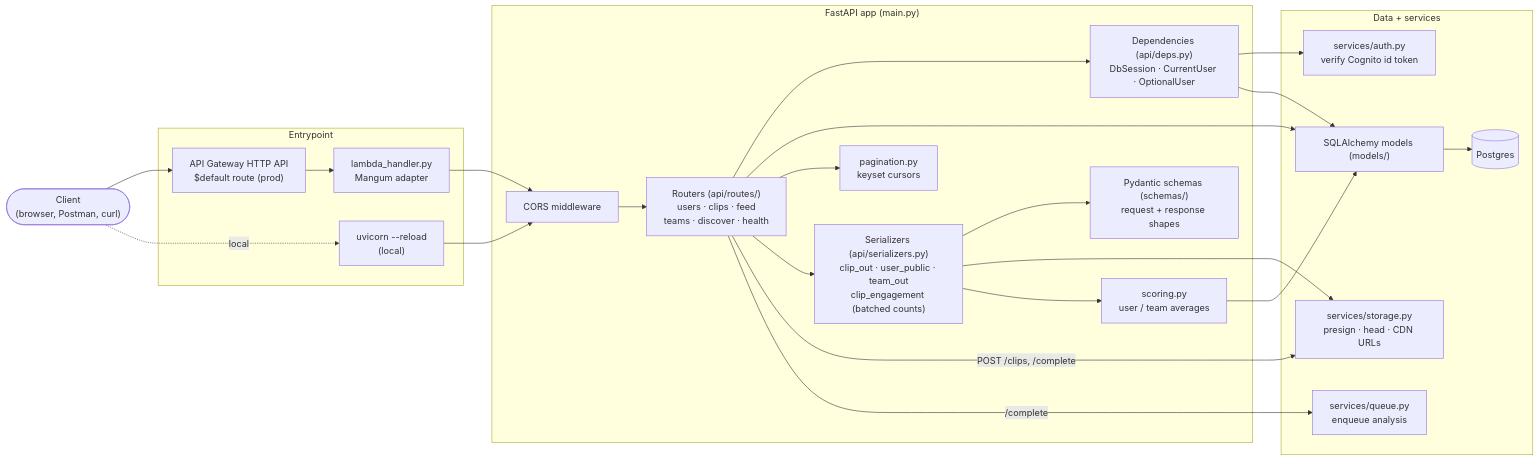
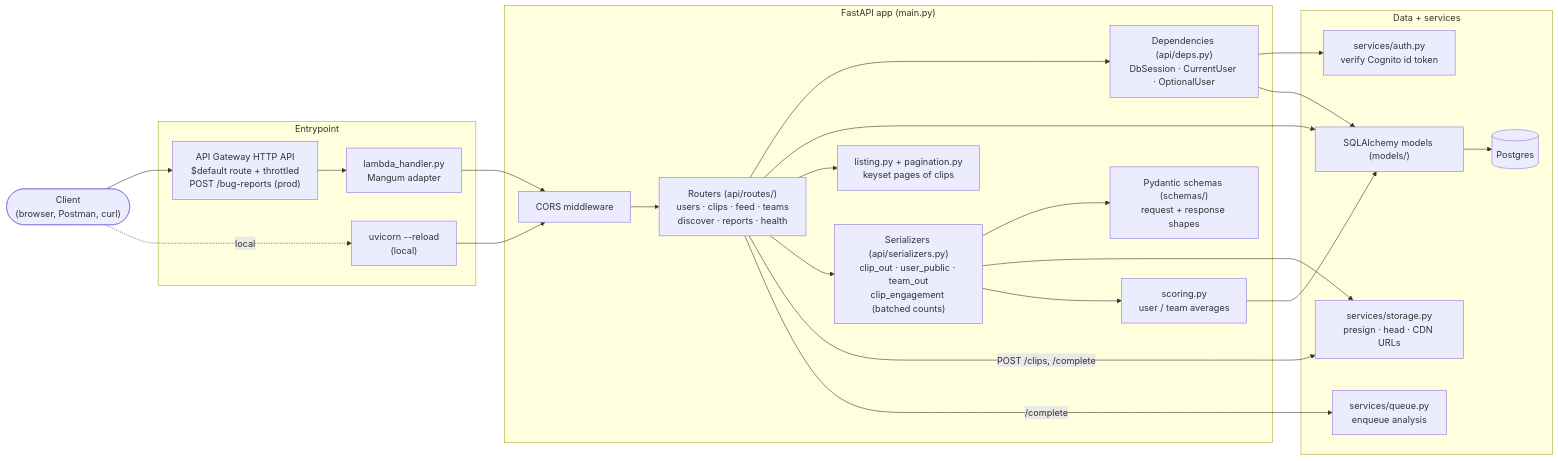
Before and after one commit to NickPalceski/TrickLens: the first of 2 diagrams in docs/components/api.md, drawn with Mermaid. The commit also changed other lines of this file and 58 other files, not shown here.

````diff
--- a/docs/components/api.md
+++ b/docs/components/api.md
@@ -12,43 +12,43 @@
 ```mermaid
 flowchart LR
     client(["Client<br/>(browser, Postman, curl)"])
 
     subgraph entry ["Entrypoint"]
-        apigw["API Gateway HTTP API<br/>$default route (prod)"]
+        apigw["API Gateway HTTP API<br/>$default route + throttled<br/>POST /bug-reports (prod)"]
         mangum["lambda_handler.py<br/>Mangum adapter"]
         uvicorn["uvicorn --reload<br/>(local)"]
     end
 
     subgraph app ["FastAPI app (main.py)"]
         cors["CORS middleware"]
-        routers["Routers (api/routes/)<br/>users · clips · feed<br/>teams · discover · health"]
+        routers["Routers (api/routes/)<br/>users · clips · feed · teams<br/>discover · reports · health"]
         deps["Dependencies (api/deps.py)<br/>DbSession · CurrentUser · OptionalUser"]
         ser["Serializers (api/serializers.py)<br/>clip_out · user_public · team_out<br/>clip_engagement (batched counts)"]
         schemas["Pydantic schemas (schemas/)<br/>request + response shapes"]
-        pag["pagination.py<br/>keyset cursors"]
+        pag["listing.py + pagination.py<br/>keyset pages of clips"]
         scoring["scoring.py<br/>user / team averages"]
     end
 
     subgraph data ["Data + services"]
         models["SQLAlchemy models (models/)"]
         db[("Postgres")]
         auth["services/auth.py<br/>verify Cognito id token"]
         storage["services/storage.py<br/>presign · head · CDN URLs"]
         queue["services/queue.py<br/>enqueue analysis"]
     end
 
     client --> apigw --> mangum --> cors
     client -. local .-> uvicorn --> cors
     cors --> routers
     routers --> deps
     deps --> auth
     deps --> models
     routers --> models
     models --> db
     routers --> pag
     routers --> ser --> schemas
     ser --> storage
     ser --> scoring --> models
     routers -- "POST /clips, /complete" --> storage
     routers -- "/complete" --> queue
 ```
````
